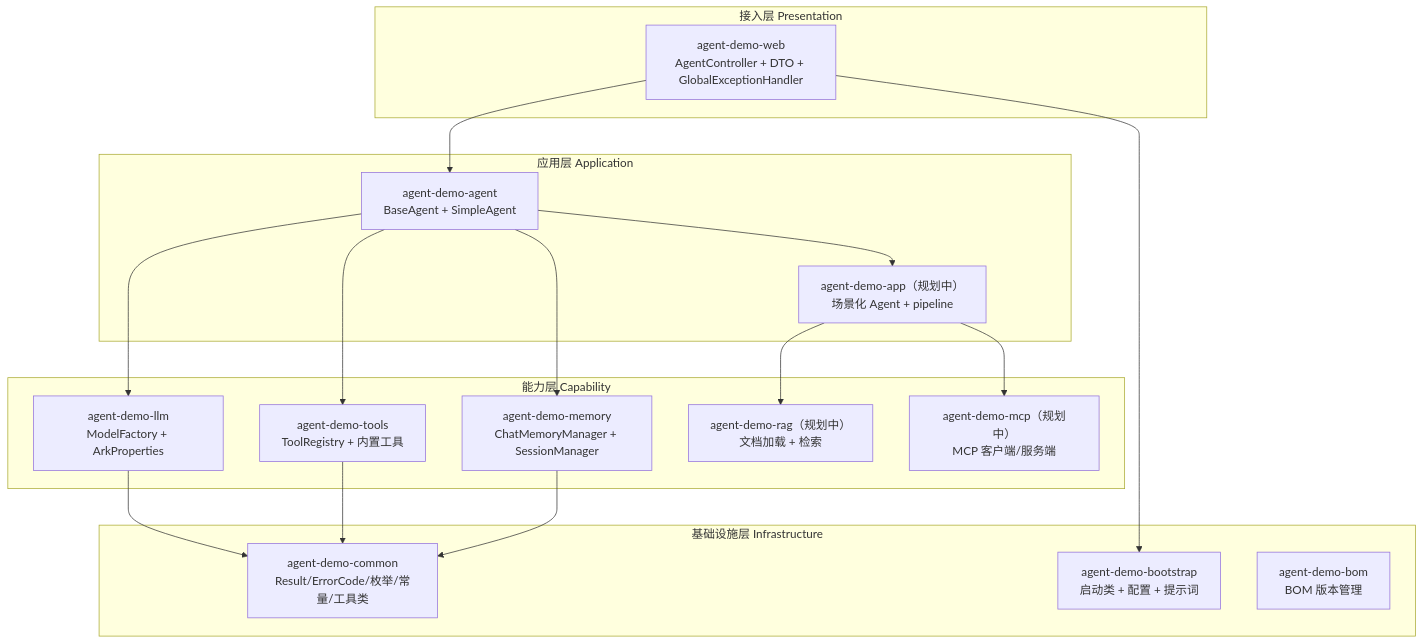
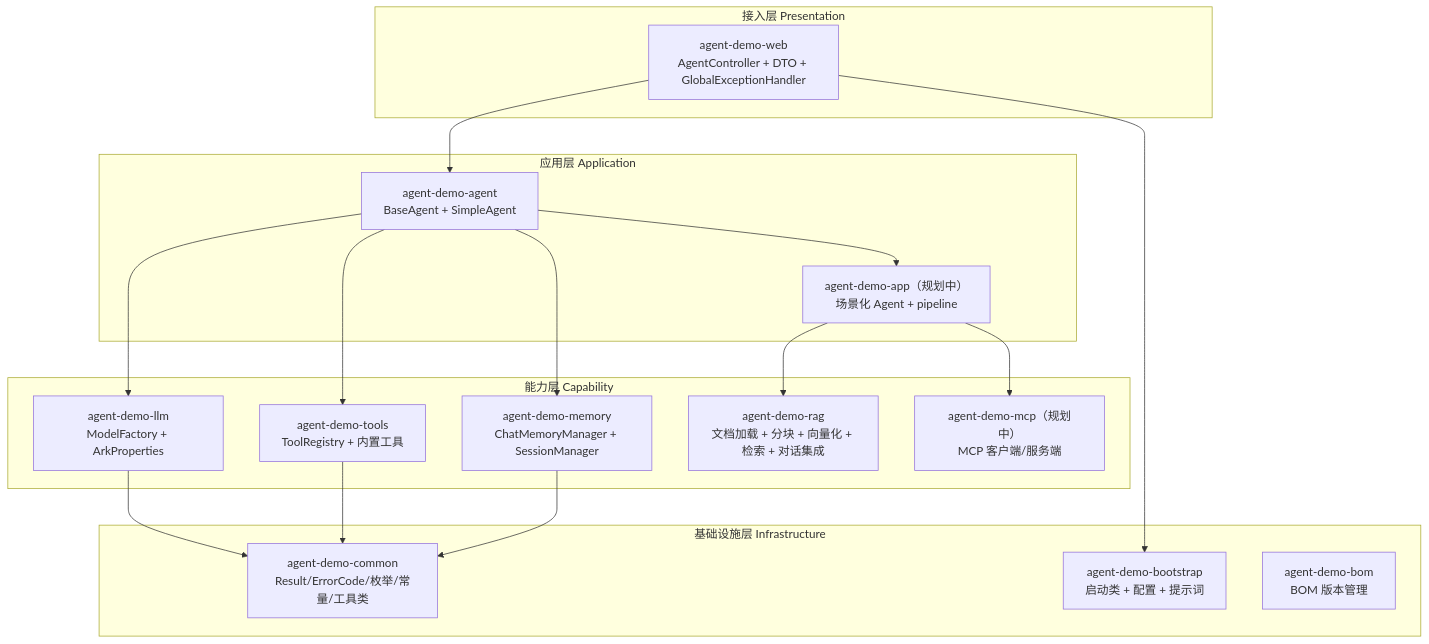
One commit to zxchengQQ/agent_demo changed the fourth of 10 diagrams in specs/技术架构文档-TOGAF.md. Above: the diagram before and after it, drawn with Mermaid. The commit also changed other lines of this file and 85 other files, not shown here.

````diff
--- a/specs/技术架构文档-TOGAF.md
+++ b/specs/技术架构文档-TOGAF.md
@@ -158,37 +158,37 @@
 ```mermaid
 graph TD
     subgraph "接入层 Presentation"
         A["agent-demo-web<br/>AgentController + DTO + GlobalExceptionHandler"]
     end
 
     subgraph "应用层 Application"
         B["agent-demo-agent<br/>BaseAgent + SimpleAgent"]
         C["agent-demo-app（规划中）<br/>场景化 Agent + pipeline"]
     end
 
     subgraph "能力层 Capability"
         D["agent-demo-llm<br/>ModelFactory + ArkProperties"]
         E["agent-demo-tools<br/>ToolRegistry + 内置工具"]
         F["agent-demo-memory<br/>ChatMemoryManager + SessionManager"]
-        G["agent-demo-rag（规划中）<br/>文档加载 + 检索"]
+        G["agent-demo-rag<br/>文档加载 + 分块 + 向量化 + 检索 + 对话集成"]
         H["agent-demo-mcp（规划中）<br/>MCP 客户端/服务端"]
     end
 
     subgraph "基础设施层 Infrastructure"
         I["agent-demo-common<br/>Result/ErrorCode/枚举/常量/工具类"]
         J["agent-demo-bootstrap<br/>启动类 + 配置 + 提示词"]
         K["agent-demo-bom<br/>BOM 版本管理"]
     end
 
     A --> B
     B --> D
     B --> E
     B --> F
     B --> C
     C --> G
     C --> H
     D --> I
     E --> I
     F --> I
     A --> J
 ```
````
